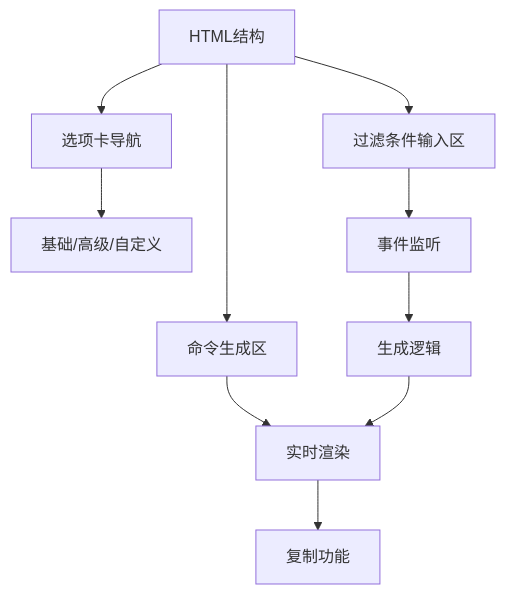
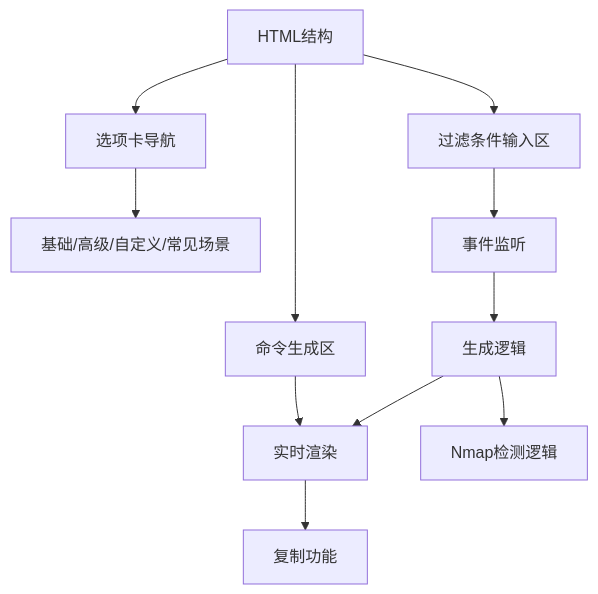
Before and after one commit to Ouniel/WebSharkFilter: the fourth of 4 diagrams in README.md, drawn with Mermaid. The commit also changed other lines of this file, not shown here.

````diff
--- a/README.md
+++ b/README.md
@@ -143,12 +158,13 @@
 ```mermaid
 graph TD
     A[HTML结构] --> B[选项卡导航]
     A --> C[过滤条件输入区]
     A --> D[命令生成区]
-    B --> E[基础/高级/自定义]
+    B --> E[基础/高级/自定义/常见场景]
     C --> F[事件监听]
     D --> G[实时渲染]
     F --> H[生成逻辑]
     H --> G
     G --> I[复制功能]
+    H --> J[Nmap检测逻辑]
 ```
````
